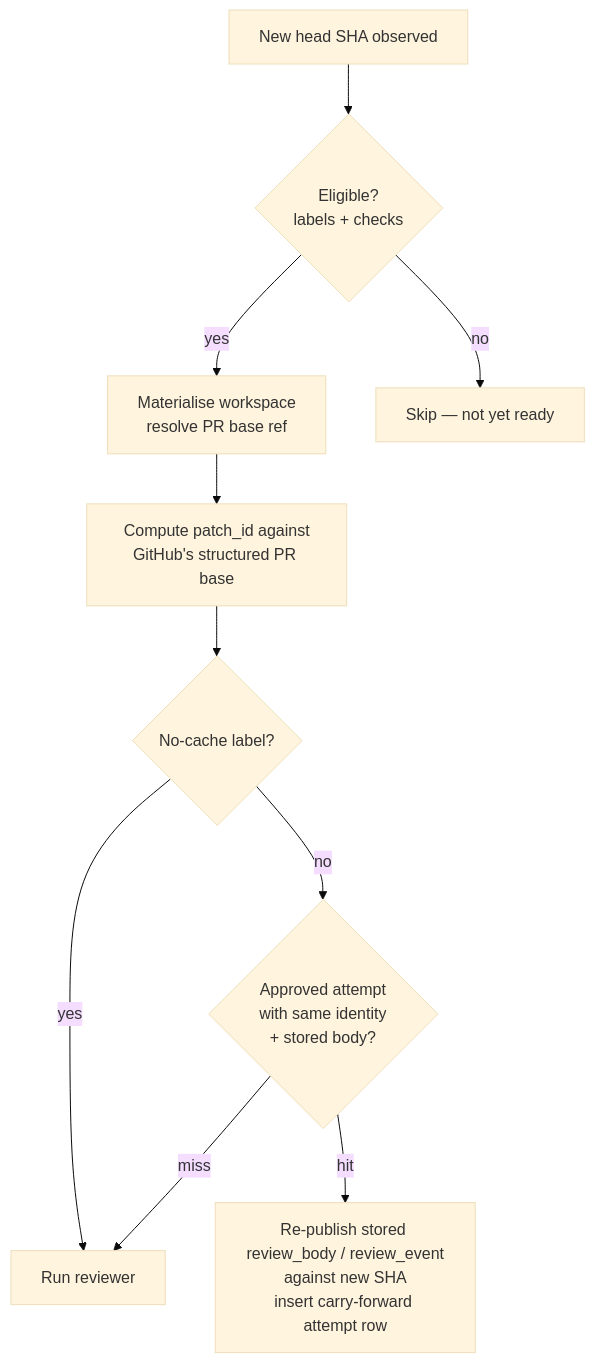
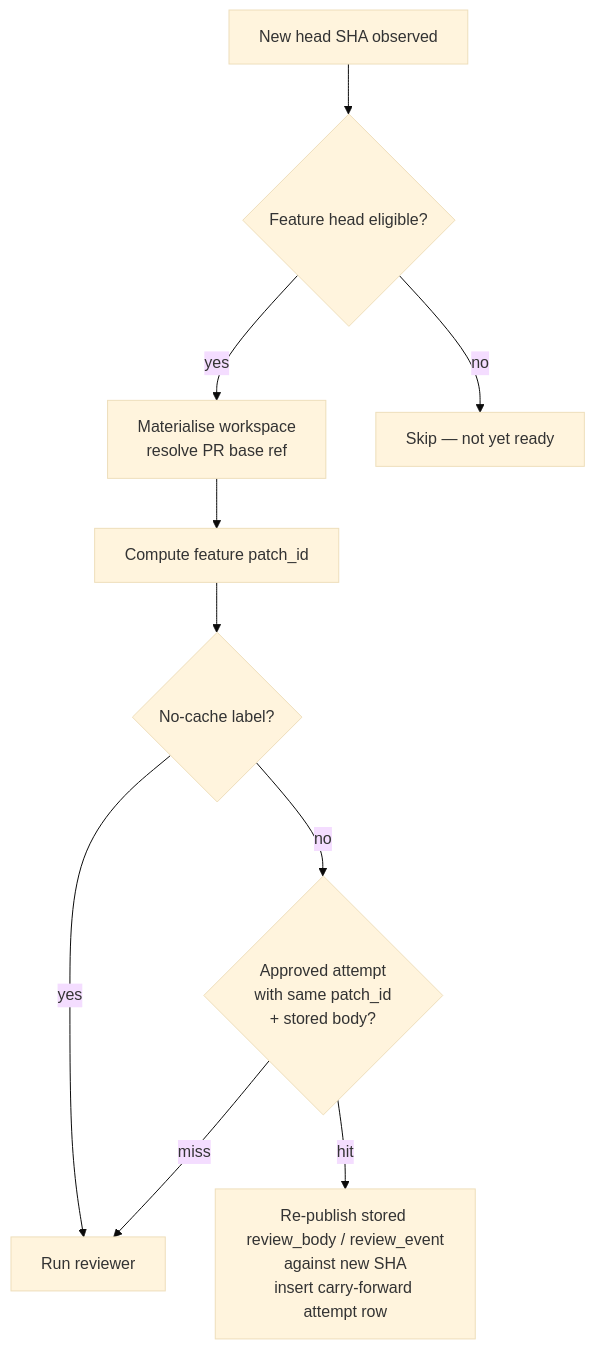
Before and after one commit to krasnoperov/patchrelay: the diagram in docs/review-quill.md, drawn with Mermaid (base theme). The commit also changed other lines of this file and 94 other files, not shown here.

````diff
--- a/docs/review-quill.md
+++ b/docs/review-quill.md
@@ -151,22 +154,22 @@
 ```mermaid
 flowchart TD
     head[New head SHA observed]
-    elig{Eligible?<br/>labels + checks}
+    elig{Feature head eligible?}
     mat[Materialise workspace<br/>resolve PR base ref]
-    id[Compute patch_id against<br/>GitHub's structured PR base]
+    id[Compute feature patch_id]
     nocache{No-cache label?}
-    lookup{Approved attempt<br/>with same identity<br/>+ stored body?}
+    lookup{Approved attempt<br/>with same patch_id<br/>+ stored body?}
     republish[Re-publish stored review_body / review_event<br/>against new SHA<br/>insert carry-forward attempt row]
     fresh[Run reviewer]
     skip[Skip — not yet ready]
 
     head --> elig
     elig -- no --> skip
     elig -- yes --> mat
     mat --> id
     id --> nocache
     nocache -- yes --> fresh
     nocache -- no --> lookup
     lookup -- hit --> republish
     lookup -- miss --> fresh
 ```
````
